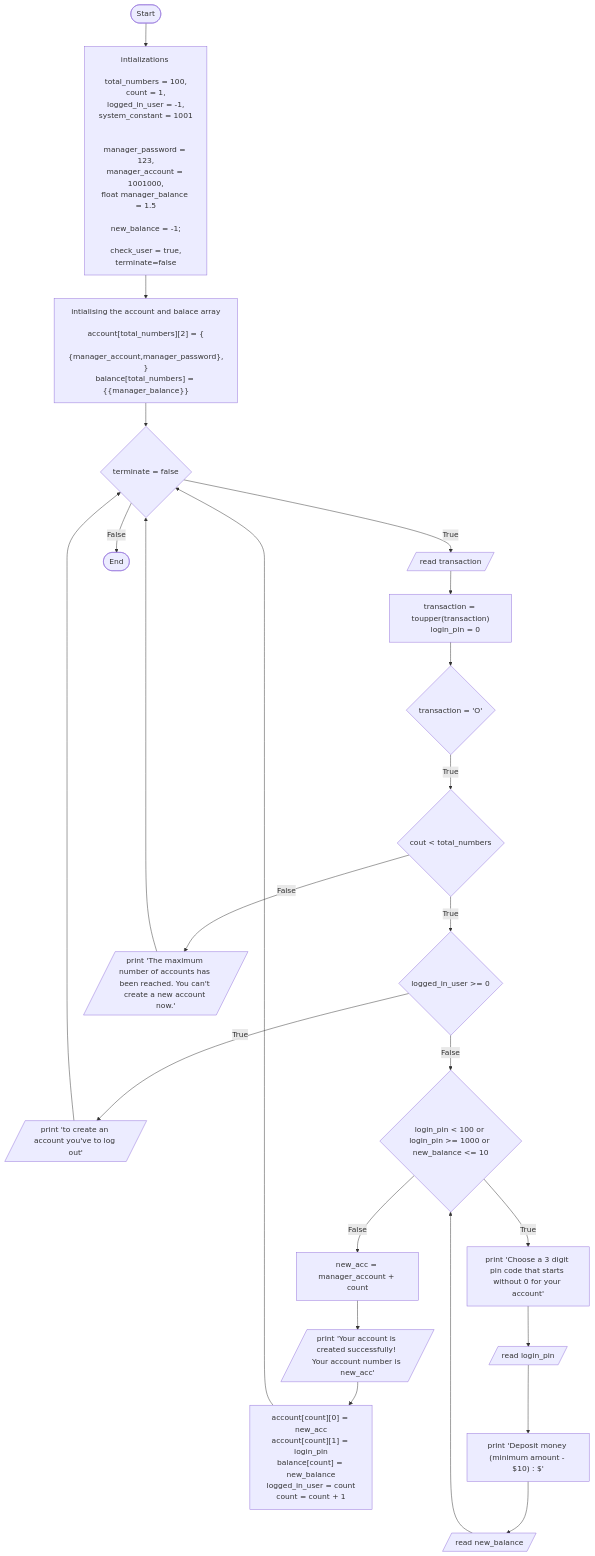
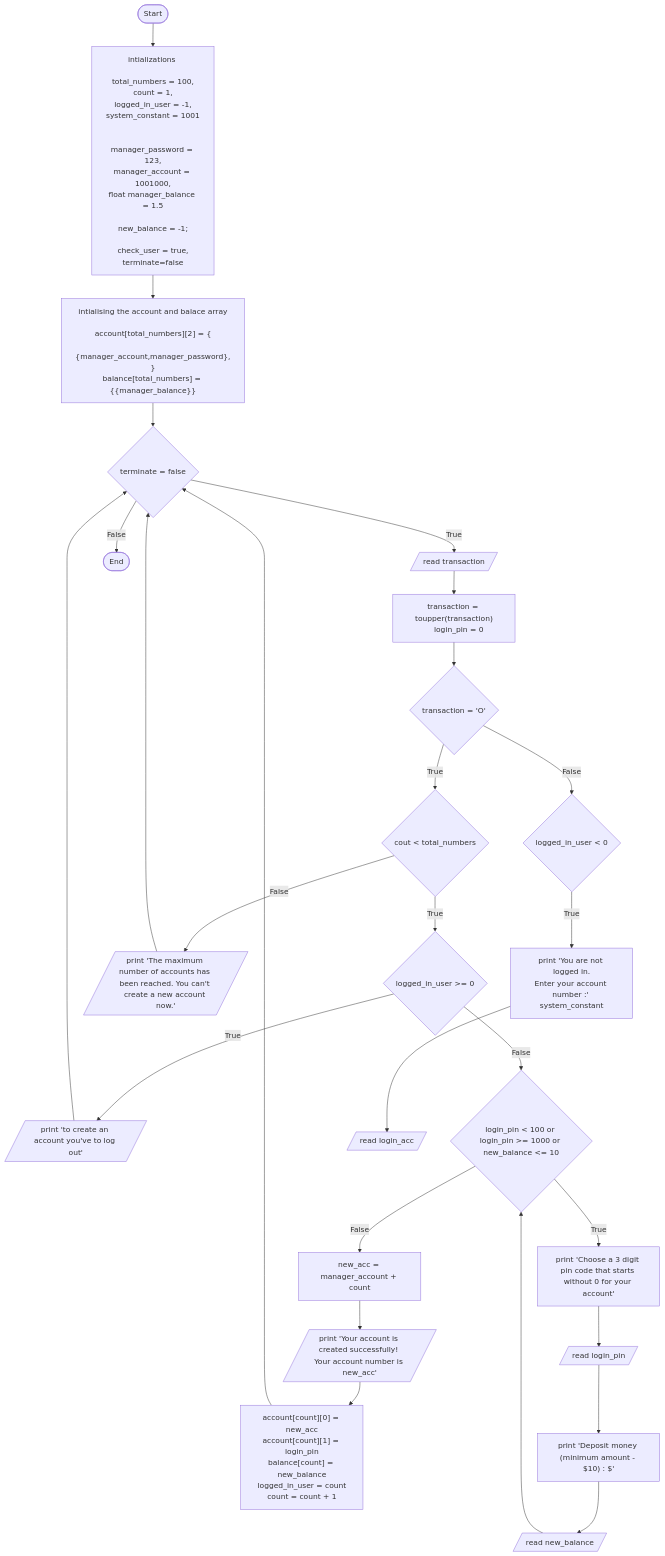
Before and after one commit to Ludis-ET/Bank-Account: the diagram in FoP I/flowchart.md, drawn with Mermaid.

Commit message:
finish transaction o

```diff
--- a/FoP I/flowchart.md
+++ b/FoP I/flowchart.md
@@ -84,6 +84,15 @@
 
     J5 --> J1
 
+    G --> |False| M{logged_in_user < 0}
+
+    M --> |True| N["print 'You are not logged in.
+    Enter your account number :' system_constant "]
+
+    N --> N1[/read login_acc/]
+
+    
+
 
 
     
```
